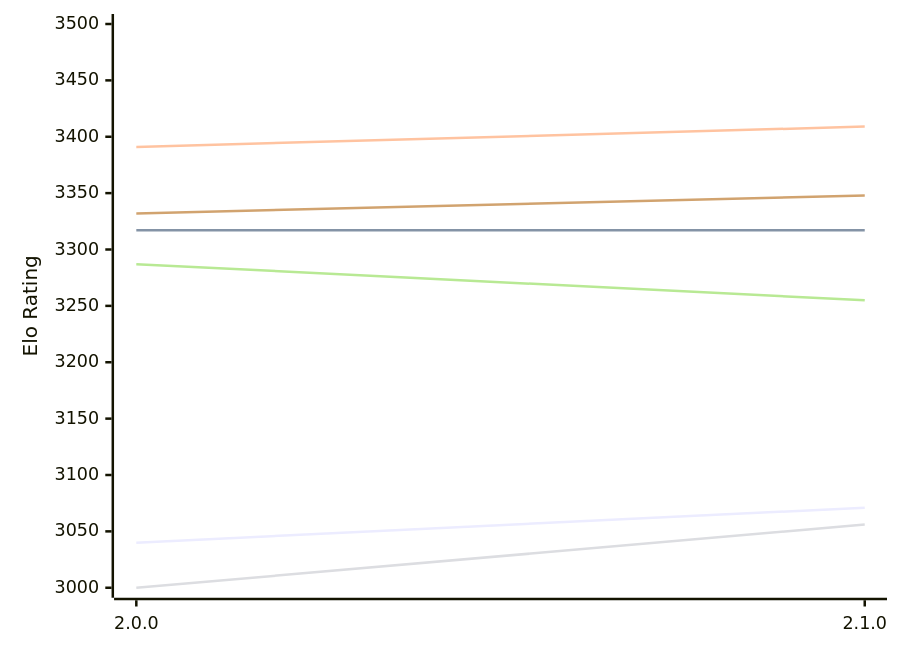
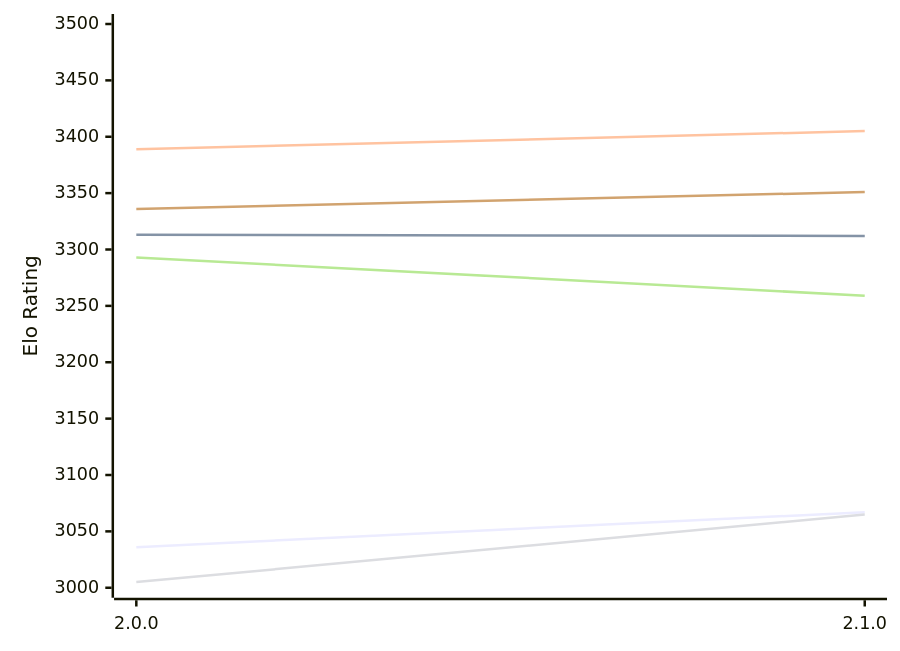
The diagram in engines/Sapling.md (computer-chess-index/cci), drawn with Mermaid before and after one commit. The commit also changed other lines of this file, not shown here.

Commit message:
Update CCI Ratings (ELO VLTC) - 2026-11-21

````diff
--- a/engines/Sapling.md
+++ b/engines/Sapling.md
@@ -49,12 +49,12 @@
 ```mermaid
 %%{init: {"theme":"base","themeVariables":{"seriesColors:['#a3a3a3','#222221','#faa371']}}}%%
 xychart-beta
   x-axis ["2.0.0", "2.1.0"]
   y-axis "Elo Rating" 3000 --> 3500
-  line "E1: STC (8.0+0.08s)" [3040, 3071]
-  line "E1: LTC (60.0+0.60s)" [3317, 3317]
-  line "E1: VLTC (2m24s+1.12s)" [3391, 3409]
-  line "P1: STC (8.0+0.08s)" [3000, 3056]
-  line "P1: LTC (60.0+0.60s)" [3287, 3255]
-  line "P1: VLTC (2m24s+1.12s)" [3332, 3348]
+  line "E1: STC (8.0+0.08s)" [3036, 3067]
+  line "E1: LTC (60.0+0.60s)" [3313, 3312]
+  line "E1: VLTC (2m24s+1.12s)" [3389, 3405]
+  line "P1: STC (8.0+0.08s)" [3005, 3065]
+  line "P1: LTC (60.0+0.60s)" [3293, 3259]
+  line "P1: VLTC (2m24s+1.12s)" [3336, 3351]
 ```
````
